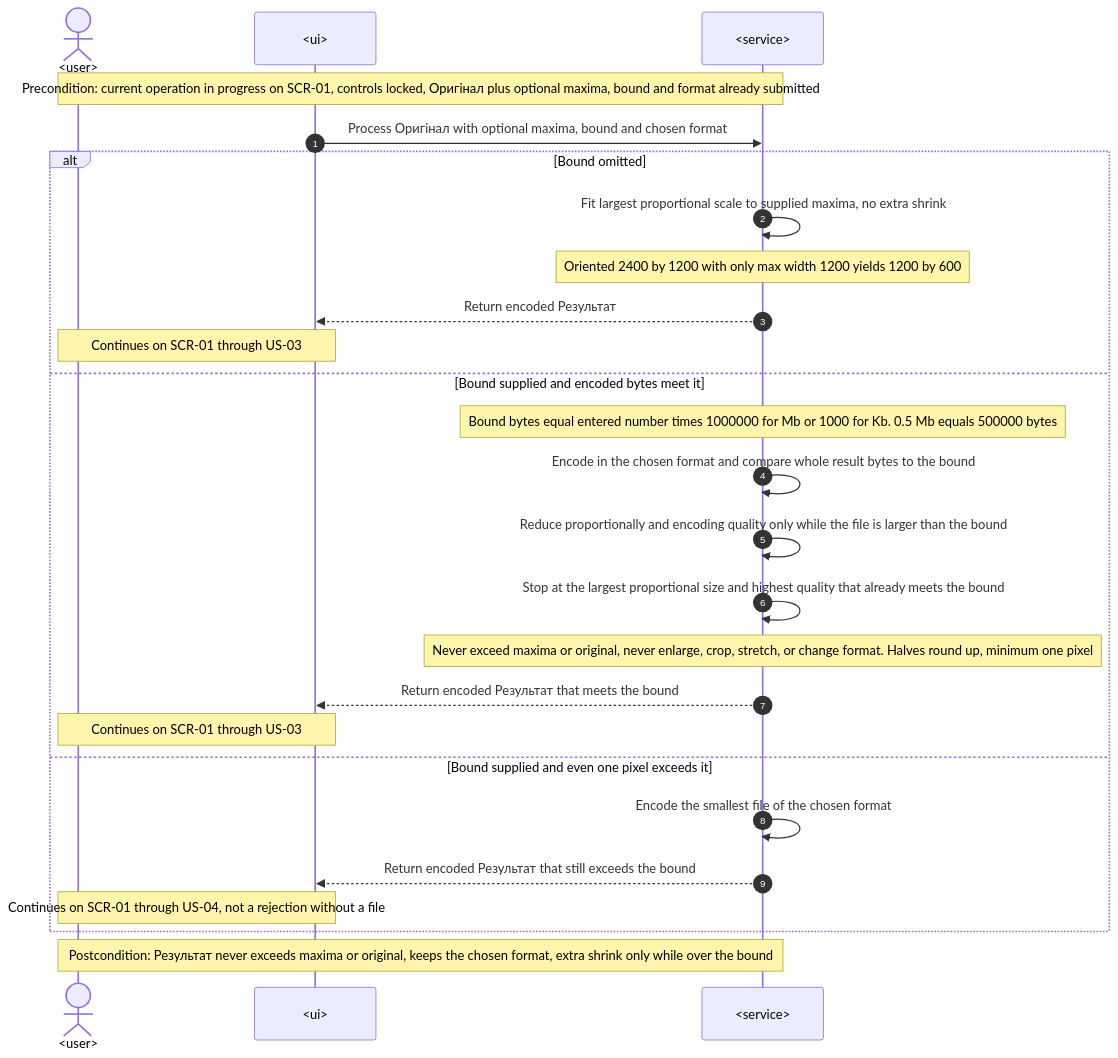
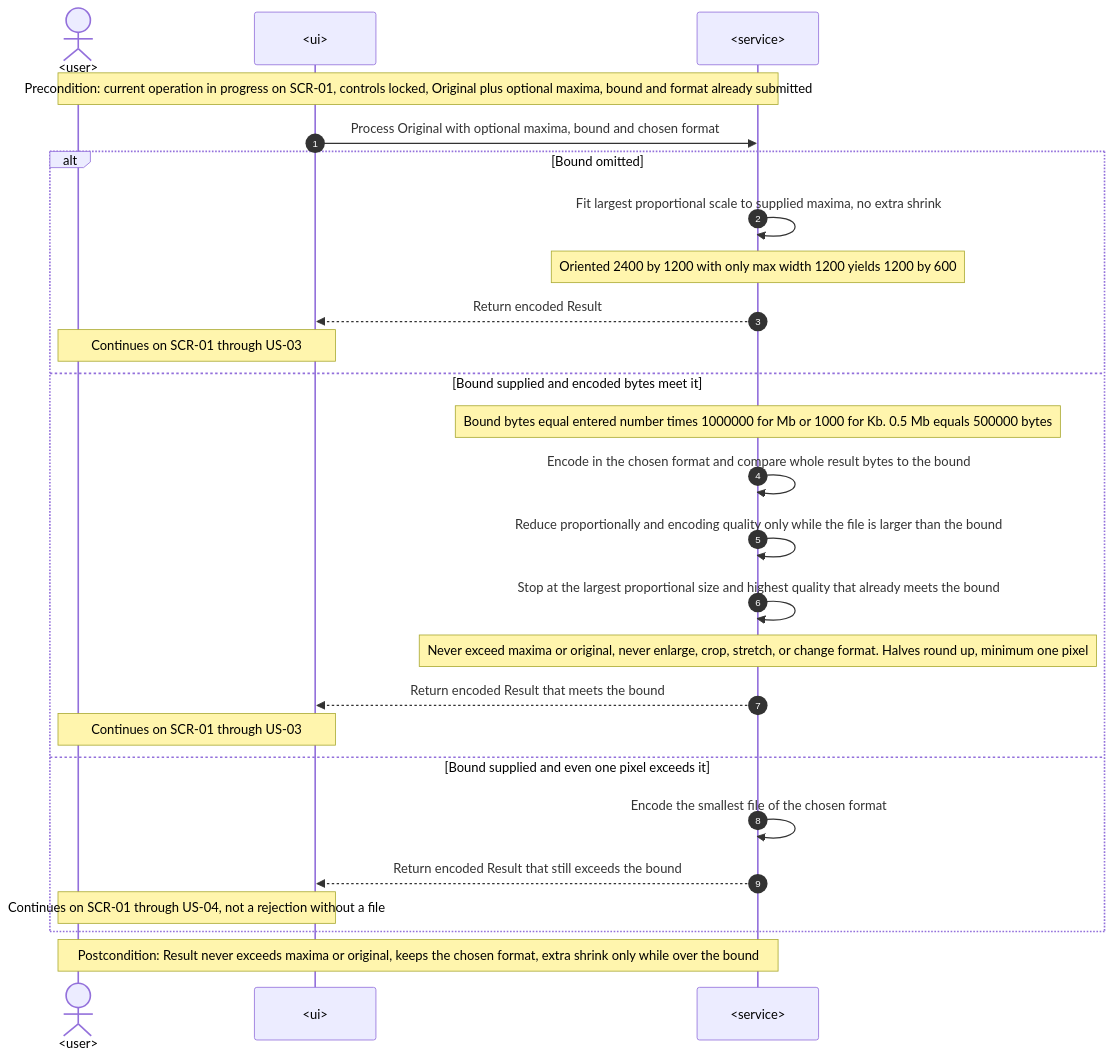
The fifth of 8 diagrams in docs/features/image-size-limit/sad.md (shved270189/image_compressor), drawn with Mermaid before and after one commit. The commit also changed other lines of this file and 46 other files, not shown here.

````diff
--- a/docs/features/image-size-limit/sad.md
+++ b/docs/features/image-size-limit/sad.md
@@ -187,29 +187,29 @@
 ```mermaid
 sequenceDiagram
     autonumber
     actor U as <user>
     participant UI as <ui>
     participant S as <service>
 
-    Note over U,S: Precondition: current operation in progress on SCR-01, controls locked, Оригінал plus optional maxima, bound and format already submitted
-    UI->>S: Process Оригінал with optional maxima, bound and chosen format
+    Note over U,S: Precondition: current operation in progress on SCR-01, controls locked, Original plus optional maxima, bound and format already submitted
+    UI->>S: Process Original with optional maxima, bound and chosen format
     alt Bound omitted
         S->>S: Fit largest proportional scale to supplied maxima, no extra shrink
         Note over S: Oriented 2400 by 1200 with only max width 1200 yields 1200 by 600
-        S-->>UI: Return encoded Результат
+        S-->>UI: Return encoded Result
         Note over U,UI: Continues on SCR-01 through US-03
     else Bound supplied and encoded bytes meet it
         Note over S: Bound bytes equal entered number times 1000000 for Mb or 1000 for Kb. 0.5 Mb equals 500000 bytes
         S->>S: Encode in the chosen format and compare whole result bytes to the bound
         S->>S: Reduce proportionally and encoding quality only while the file is larger than the bound
         S->>S: Stop at the largest proportional size and highest quality that already meets the bound
         Note over S: Never exceed maxima or original, never enlarge, crop, stretch, or change format. Halves round up, minimum one pixel
-        S-->>UI: Return encoded Результат that meets the bound
+        S-->>UI: Return encoded Result that meets the bound
         Note over U,UI: Continues on SCR-01 through US-03
     else Bound supplied and even one pixel exceeds it
         S->>S: Encode the smallest file of the chosen format
-        S-->>UI: Return encoded Результат that still exceeds the bound
+        S-->>UI: Return encoded Result that still exceeds the bound
         Note over U,UI: Continues on SCR-01 through US-04, not a rejection without a file
     end
-    Note over U,S: Postcondition: Результат never exceeds maxima or original, keeps the chosen format, extra shrink only while over the bound
+    Note over U,S: Postcondition: Result never exceeds maxima or original, keeps the chosen format, extra shrink only while over the bound
 ```
````
